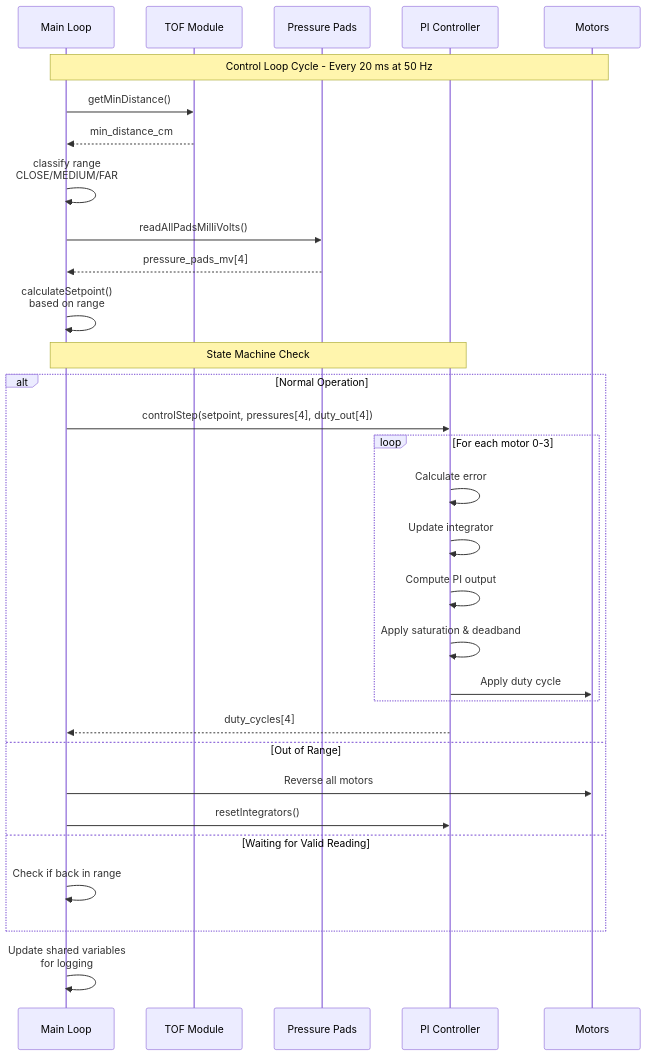
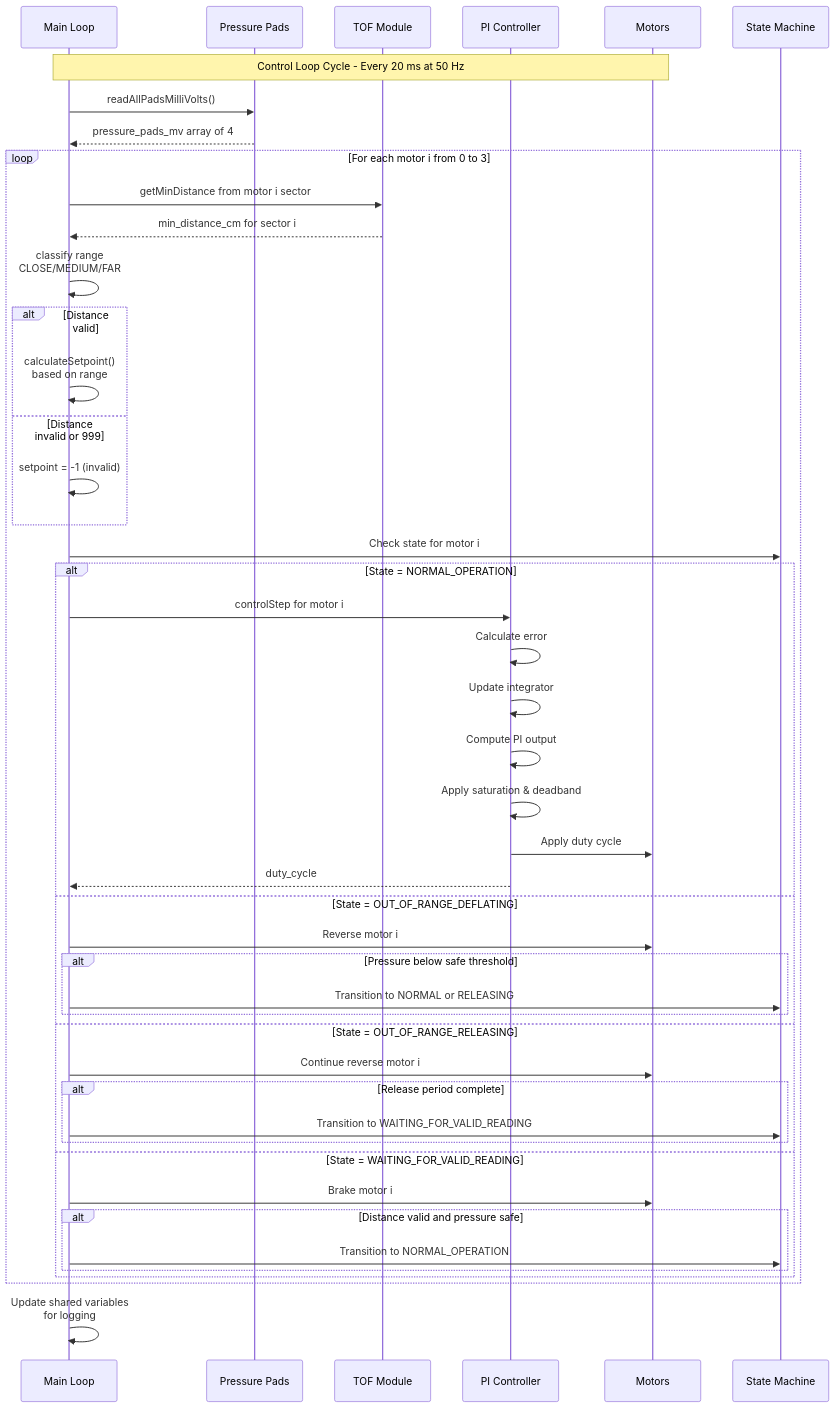
Before and after one commit to raseone19/ME-410: the fourth of 8 diagrams in docs/architecture.md, drawn with Mermaid. The commit also changed other lines of this file and 12 other files, not shown here.

````diff
--- a/docs/architecture.md
+++ b/docs/architecture.md
@@ -172,41 +193,56 @@
 ```mermaid
 sequenceDiagram
     participant MainLoop as Main Loop
+    participant PP as Pressure Pads
     participant TOF as TOF Module
-    participant PP as Pressure Pads
     participant PI as PI Controller
     participant Motor as Motors
+    participant SM as State Machine
 
     Note over MainLoop,Motor: Control Loop Cycle - Every 20 ms at 50 Hz
 
-    MainLoop->>TOF: getMinDistance()
-    TOF-->>MainLoop: min_distance_cm
+    MainLoop->>PP: readAllPadsMilliVolts()
+    PP-->>MainLoop: pressure_pads_mv array of 4
 
-    MainLoop->>MainLoop: classify range<br/>CLOSE/MEDIUM/FAR
+    loop For each motor i from 0 to 3
+        MainLoop->>TOF: getMinDistance from motor i sector
+        TOF-->>MainLoop: min_distance_cm for sector i
 
-    MainLoop->>PP: readAllPadsMilliVolts()
-    PP-->>MainLoop: pressure_pads_mv[4]
+        MainLoop->>MainLoop: classify range<br/>CLOSE/MEDIUM/FAR
 
-    MainLoop->>MainLoop: calculateSetpoint()<br/>based on range
+        alt Distance valid
+            MainLoop->>MainLoop: calculateSetpoint()<br/>based on range
+        else Distance invalid or 999
+            MainLoop->>MainLoop: setpoint = -1 (invalid)
+        end
 
-    Note over MainLoop,PI: State Machine Check
+        MainLoop->>SM: Check state for motor i
 
-    alt Normal Operation
-        MainLoop->>PI: controlStep(setpoint, pressures[4], duty_out[4])
-        loop For each motor 0-3
+        alt State = NORMAL_OPERATION
+            MainLoop->>PI: controlStep for motor i
             PI->>PI: Calculate error
             PI->>PI: Update integrator
             PI->>PI: Compute PI output
             PI->>PI: Apply saturation & deadband
             PI->>Motor: Apply duty cycle
+            PI-->>MainLoop: duty_cycle
+        else State = OUT_OF_RANGE_DEFLATING
+            MainLoop->>Motor: Reverse motor i
+            alt Pressure below safe threshold
+                MainLoop->>SM: Transition to NORMAL or RELEASING
+            end
+        else State = OUT_OF_RANGE_RELEASING
+            MainLoop->>Motor: Continue reverse motor i
+            alt Release period complete
+                MainLoop->>SM: Transition to WAITING_FOR_VALID_READING
+            end
+        else State = WAITING_FOR_VALID_READING
+            MainLoop->>Motor: Brake motor i
+            alt Distance valid and pressure safe
+                MainLoop->>SM: Transition to NORMAL_OPERATION
+            end
         end
-        PI-->>MainLoop: duty_cycles[4]
-    else Out of Range
-        MainLoop->>Motor: Reverse all motors
-        MainLoop->>PI: resetIntegrators()
-    else Waiting for Valid Reading
-        MainLoop->>MainLoop: Check if back in range
     end
 
     MainLoop->>MainLoop: Update shared variables<br/>for logging
 ```
````
